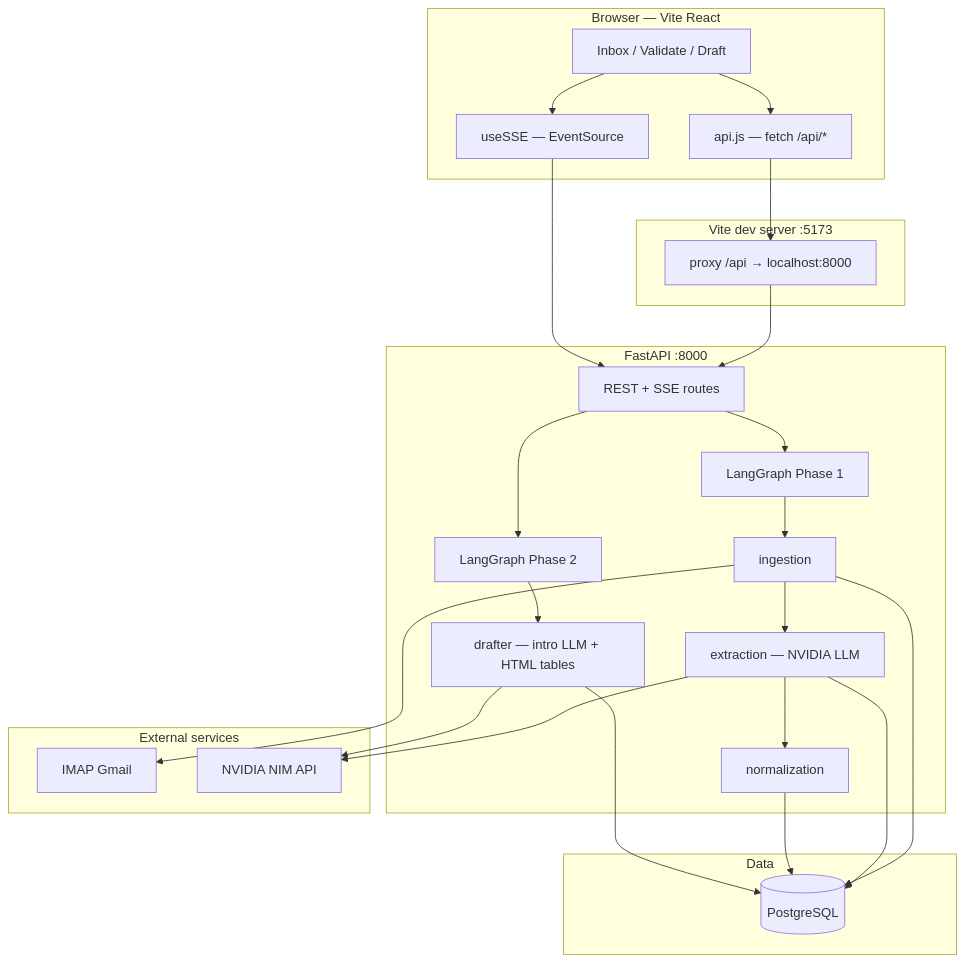
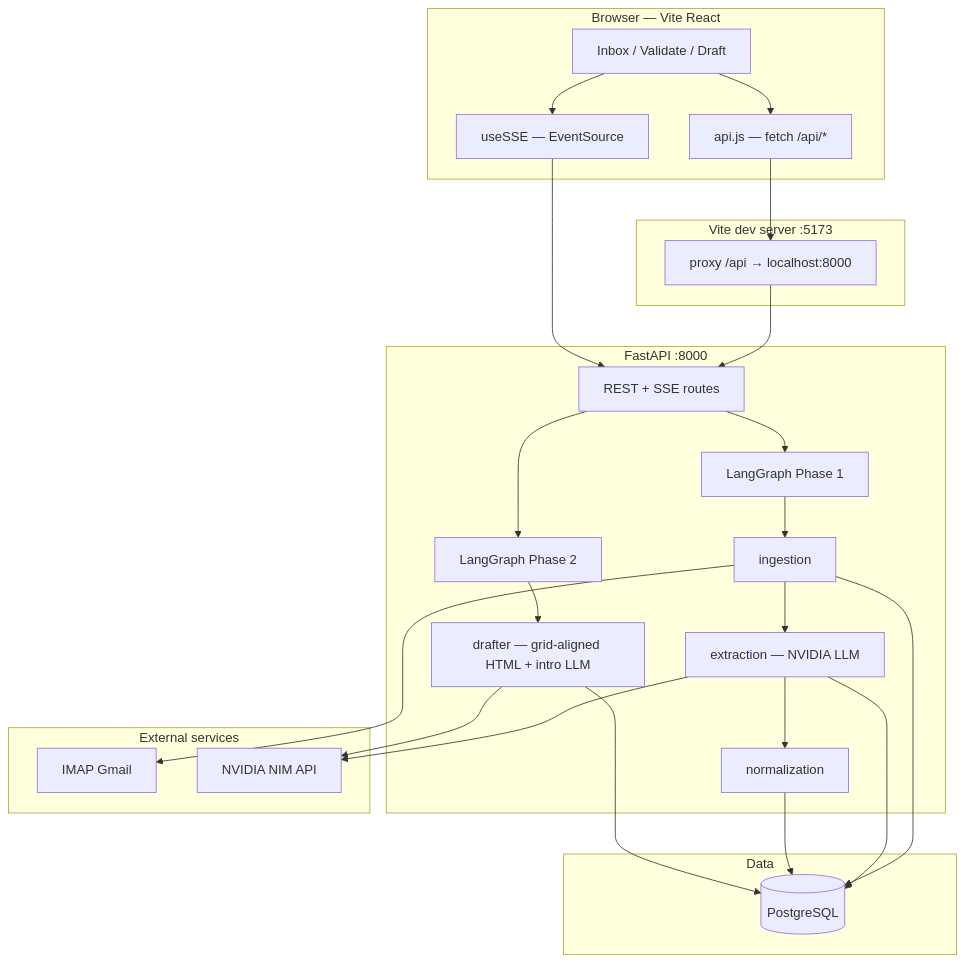
Before and after one commit to DeoUtkarsh/Asset_Mail_Parsing: the diagram in README.md, drawn with Mermaid. The commit also changed other lines of this file and 4 other files, not shown here.

````diff
--- a/README.md
+++ b/README.md
@@ -11,44 +11,44 @@
 ```mermaid
 flowchart TB
   subgraph client [Browser — Vite React]
     UI[Inbox / Validate / Draft]
     SSEHook[useSSE — EventSource]
     APIjs[api.js — fetch /api/*]
   end
 
   subgraph vite [Vite dev server :5173]
     Proxy["proxy /api → localhost:8000"]
   end
 
   subgraph backend [FastAPI :8000]
     Routes[REST + SSE routes]
     LG1[LangGraph Phase 1]
     LG2[LangGraph Phase 2]
     A1[ingestion]
     A2[extraction — NVIDIA LLM]
     A3[normalization]
-    A4[drafter — intro LLM + HTML tables]
+    A4[drafter — grid-aligned HTML + intro LLM]
   end
 
   subgraph external [External services]
     Gmail[IMAP Gmail]
     NIM[NVIDIA NIM API]
   end
 
   subgraph data [Data]
     PG[(PostgreSQL)]
   end
 
   UI --> APIjs
   UI --> SSEHook
   APIjs --> Proxy --> Routes
   SSEHook --> Routes
   Routes --> LG1
   Routes --> LG2
   LG1 --> A1 --> A2 --> A3
   LG2 --> A4
   A1 --> Gmail
   A2 --> NIM
   A4 --> NIM
   A1 & A2 & A3 & A4 --> PG
 ```
````
